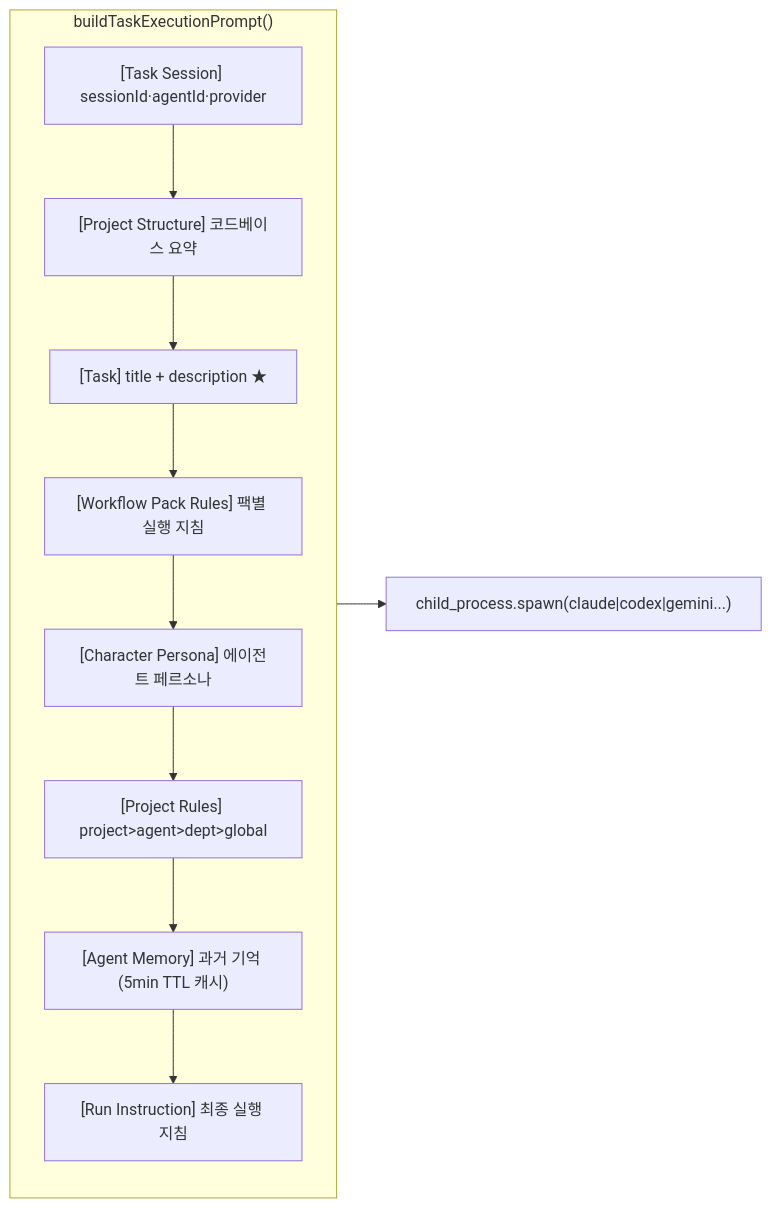
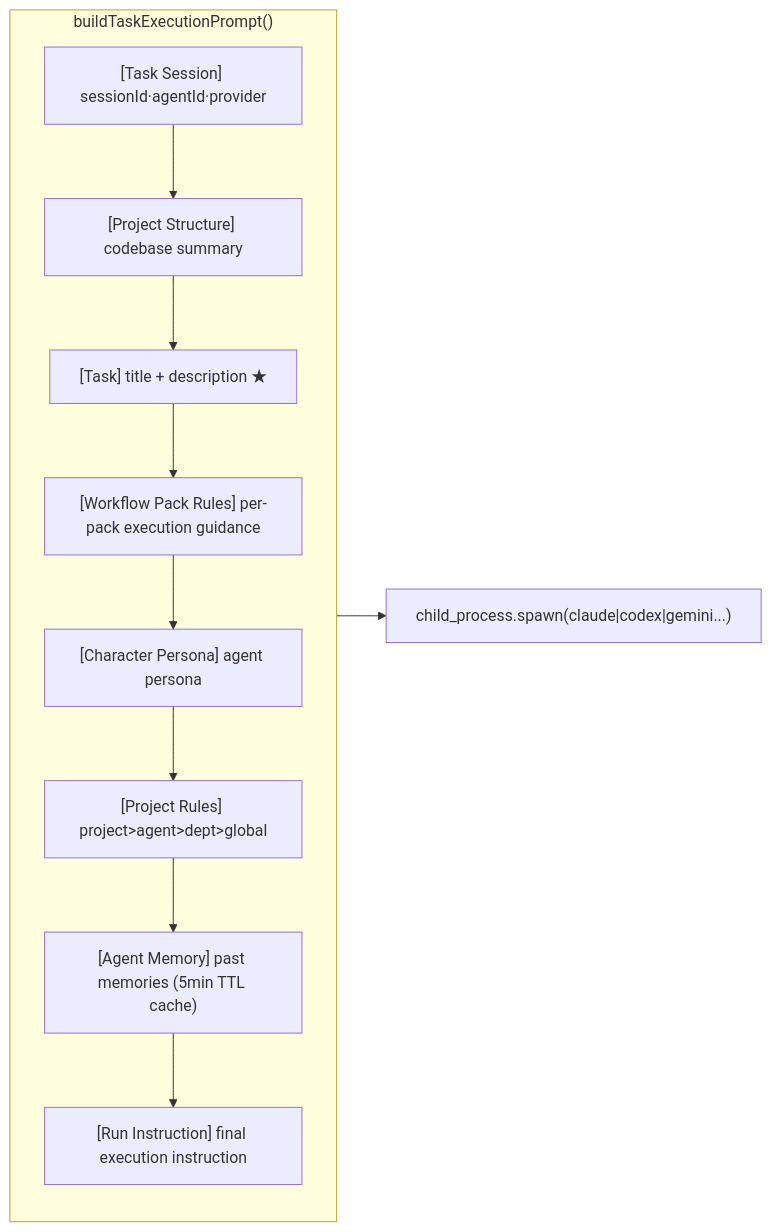
Before and after one commit to ccivlcid/AgentDesk: the sixth of 8 diagrams in docs/architecture/SYSTEM-STRUCTURE-MAP.md, drawn with Mermaid. The commit also changed other lines of this file and 1 other file, not shown here.

First line of the commit message:
docs: translate architecture README and SYSTEM-STRUCTURE-MAP to English

````diff
--- a/docs/architecture/SYSTEM-STRUCTURE-MAP.md
+++ b/docs/architecture/SYSTEM-STRUCTURE-MAP.md
@@ -150,16 +150,16 @@
 ```mermaid
 flowchart LR
-  subgraph 프롬프트["buildTaskExecutionPrompt()"]
+  subgraph Prompt["buildTaskExecutionPrompt()"]
     direction TB
     B1["[Task Session] sessionId·agentId·provider"]
-    B2["[Project Structure] 코드베이스 요약"]
+    B2["[Project Structure] codebase summary"]
     B3["[Task] title + description ★"]
-    B4["[Workflow Pack Rules] 팩별 실행 지침"]
-    B5["[Character Persona] 에이전트 페르소나"]
+    B4["[Workflow Pack Rules] per-pack execution guidance"]
+    B5["[Character Persona] agent persona"]
     B6["[Project Rules] project>agent>dept>global"]
-    B7["[Agent Memory] 과거 기억 (5min TTL 캐시)"]
-    B8["[Run Instruction] 최종 실행 지침"]
+    B7["[Agent Memory] past memories (5min TTL cache)"]
+    B8["[Run Instruction] final execution instruction"]
     B1 --> B2 --> B3 --> B4 --> B5 --> B6 --> B7 --> B8
   end
-  프롬프트 --> Spawn["child_process.spawn(claude|codex|gemini...)"]
+  Prompt --> Spawn["child_process.spawn(claude|codex|gemini...)"]
 ```
````
